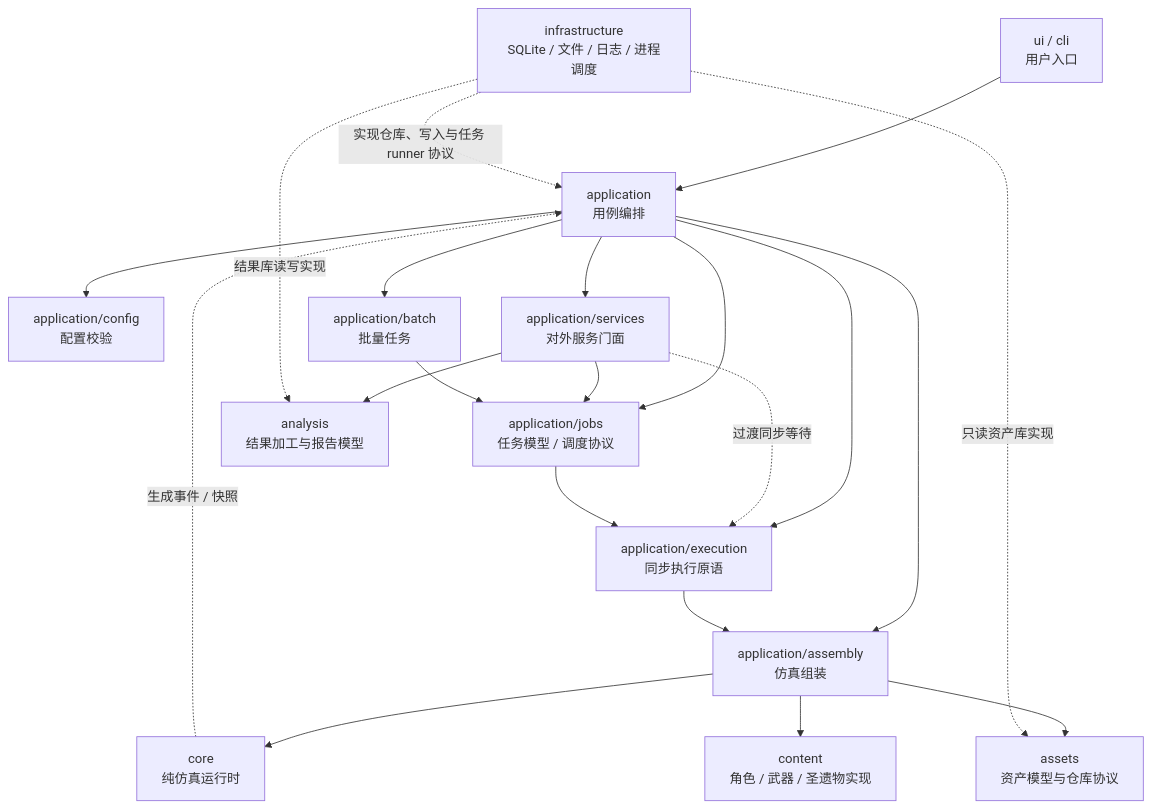
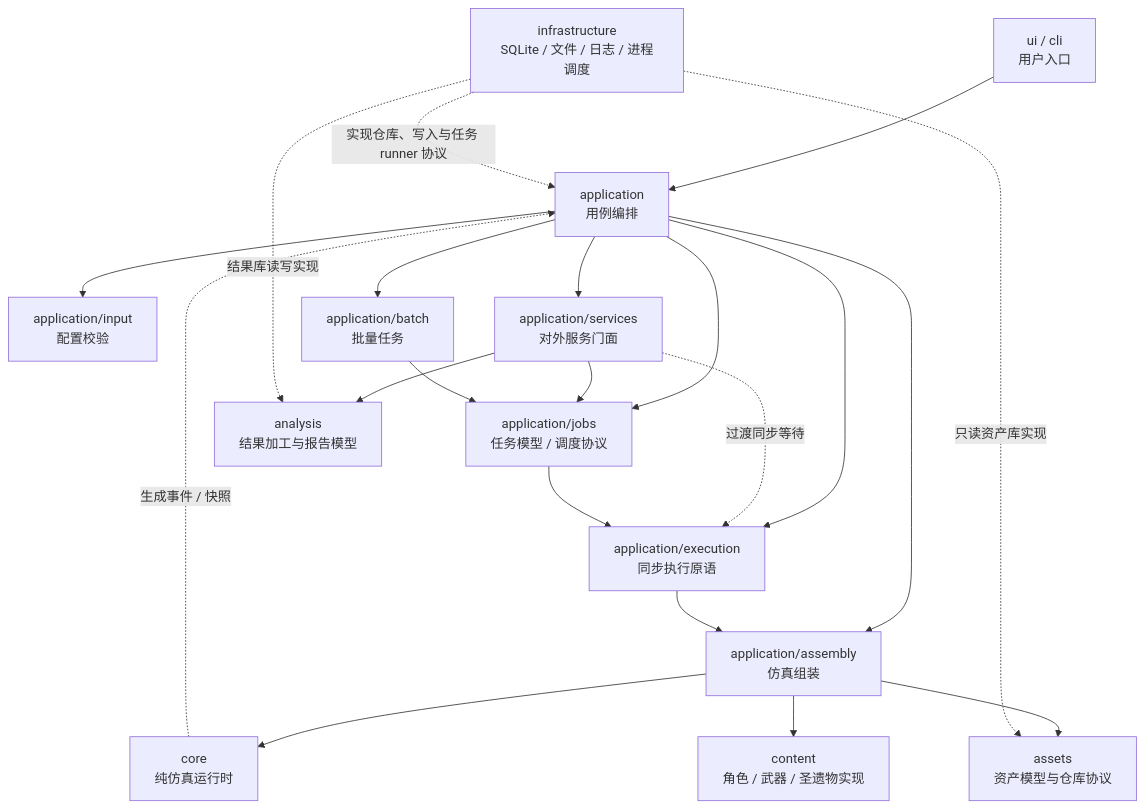
The first of 4 diagrams in docs/架构/当前项目架构流程图.md (MCZME/Genshin-Simulation-Lab), drawn with Mermaid before and after one commit. The commit also changed other lines of this file and 200 other files, not shown here.

First line of the commit message:
feat(results): 结果库 schema v2 与分析读取侧闭环落地

````diff
--- a/docs/架构/当前项目架构流程图.md
+++ b/docs/架构/当前项目架构流程图.md
@@ -28,27 +28,27 @@
 ```mermaid
 flowchart TD
     UI["ui / cli<br/>用户入口"] --> APP["application<br/>用例编排"]
 
-    APP --> CFG["application/config<br/>配置校验"]
+    APP --> CFG["application/input<br/>配置校验"]
     APP --> ASM["application/assembly<br/>仿真组装"]
     APP --> EXEC["application/execution<br/>同步执行原语"]
     APP --> JOBS["application/jobs<br/>任务模型 / 调度协议"]
     APP --> SVC["application/services<br/>对外服务门面"]
     APP --> BATCH["application/batch<br/>批量任务"]
 
     SVC --> JOBS
     SVC -. "过渡同步等待" .-> EXEC
     JOBS --> EXEC
     BATCH --> JOBS
     EXEC --> ASM
     ASM --> CORE["core<br/>纯仿真运行时"]
     ASM --> ASSETS["assets<br/>资产模型与仓库协议"]
     ASM --> CONTENT["content<br/>角色 / 武器 / 圣遗物实现"]
     SVC --> ANALYSIS["analysis<br/>结果加工与报告模型"]
 
     INFRA["infrastructure<br/>SQLite / 文件 / 日志 / 进程调度"] -. "实现仓库、写入与任务 runner 协议" .-> APP
     INFRA -. "只读资产库实现" .-> ASSETS
     INFRA -. "结果库读写实现" .-> ANALYSIS
 
     CORE -. "生成事件 / 快照" .-> APP
 ```
````
